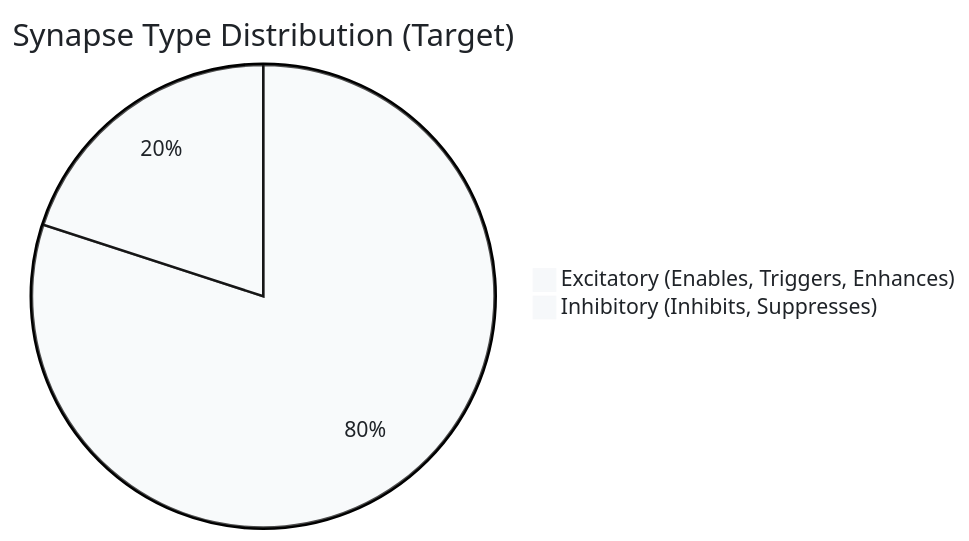
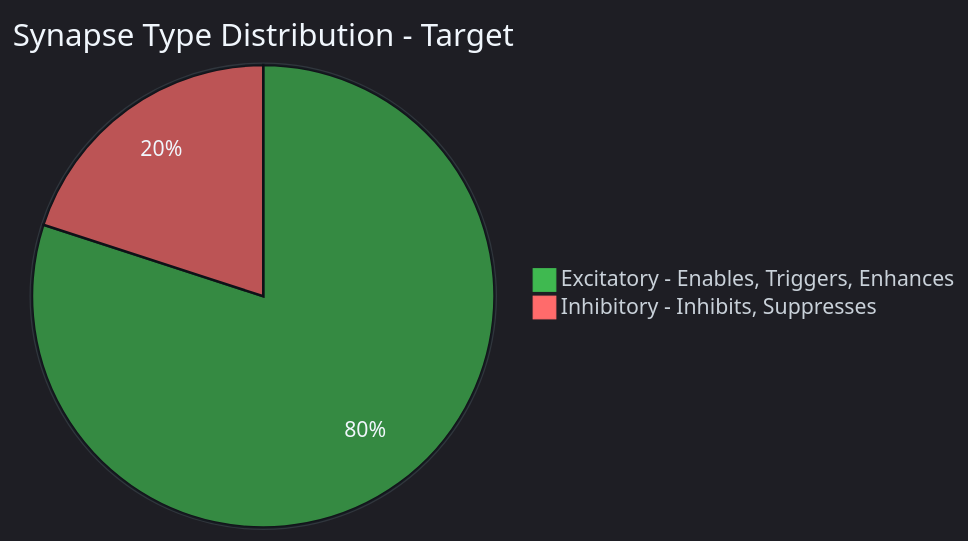
The third of 3 diagrams in alex_docs/architecture/NEUROANATOMICAL-MAPPING.md (fabioc-aloha/Alex_Plug_In), drawn with Mermaid before and after one commit. The commit also changed other lines of this file, not shown here.

First line of the commit message:
style: polish Mermaid diagrams with Alex dark brain palette

````diff
--- a/alex_docs/architecture/NEUROANATOMICAL-MAPPING.md
+++ b/alex_docs/architecture/NEUROANATOMICAL-MAPPING.md
@@ -488,6 +527,6 @@
 ```mermaid
-%%{init: {'theme': 'base', 'themeVariables': { 'primaryColor': '#f6f8fa', 'primaryTextColor': '#1f2328', 'primaryBorderColor': '#d1d9e0', 'lineColor': '#656d76', 'secondaryColor': '#f6f8fa', 'tertiaryColor': '#ffffff', 'background': '#ffffff', 'mainBkg': '#f6f8fa', 'nodeBorder': '#d1d9e0', 'clusterBkg': '#f6f8fa', 'clusterBorder': '#d1d9e0', 'titleColor': '#1f2328', 'edgeLabelBackground': '#ffffff'}}}%%
-pie title Synapse Type Distribution (Target)
-    "Excitatory (Enables, Triggers, Enhances)" : 80
-    "Inhibitory (Inhibits, Suppresses)" : 20
+%%{init: {'theme': 'dark', 'themeVariables': { 'primaryColor': '#161b22', 'primaryTextColor': '#c9d1d9', 'primaryBorderColor': '#30363d', 'lineColor': '#8b949e', 'background': '#0d1117', 'mainBkg': '#161b22', 'titleColor': '#f0f6fc', 'pie1': '#3fb950', 'pie2': '#ff6b6b', 'pieTitleTextColor': '#f0f6fc', 'pieSectionTextColor': '#f0f6fc', 'pieLegendTextColor': '#c9d1d9', 'pieStrokeColor': '#0d1117', 'pieOuterStrokeColor': '#30363d'}}}%%
+pie title Synapse Type Distribution - Target
+    "Excitatory - Enables, Triggers, Enhances" : 80
+    "Inhibitory - Inhibits, Suppresses" : 20
 ```
````
